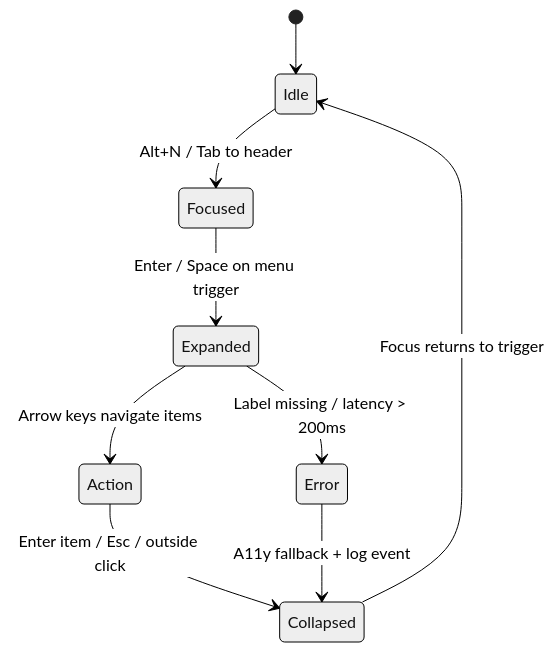
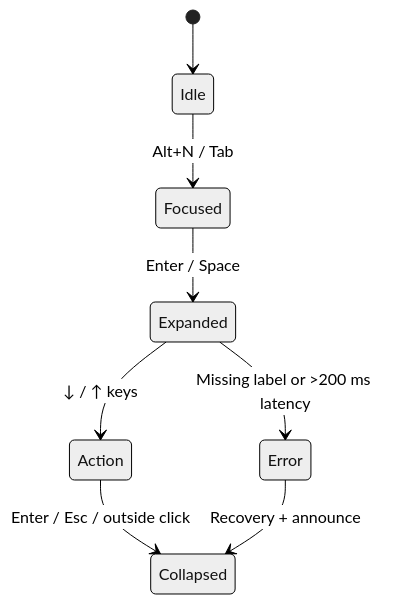
The diagram in docs/design/reviews/ui_components/README.md (bartytime4life/Kansas-Frontier-Matrix), drawn with Mermaid (neutral theme) before and after one commit. The commit also changed other lines of this file, not shown here.

````diff
--- a/docs/design/reviews/ui_components/README.md
+++ b/docs/design/reviews/ui_components/README.md
@@ -120,11 +123,10 @@
 ```mermaid
 stateDiagram-v2
   [*] --> Idle
-  Idle --> Focused : Alt+N / Tab to header
-  Focused --> Expanded : Enter / Space on menu trigger
-  Expanded --> Action : Arrow keys navigate items
-  Action --> Collapsed : Enter item / Esc / outside click
-  Collapsed --> Idle : Focus returns to trigger
-  Expanded --> Error : Label missing / latency > 200ms
-  Error --> Collapsed : A11y fallback + log event
+  Idle --> Focused : Alt+N / Tab
+  Focused --> Expanded : Enter / Space
+  Expanded --> Action : ↓ / ↑ keys
+  Action --> Collapsed : Enter / Esc / outside click
+  Expanded --> Error : Missing label or >200 ms latency
+  Error --> Collapsed : Recovery + announce
 ```
````
